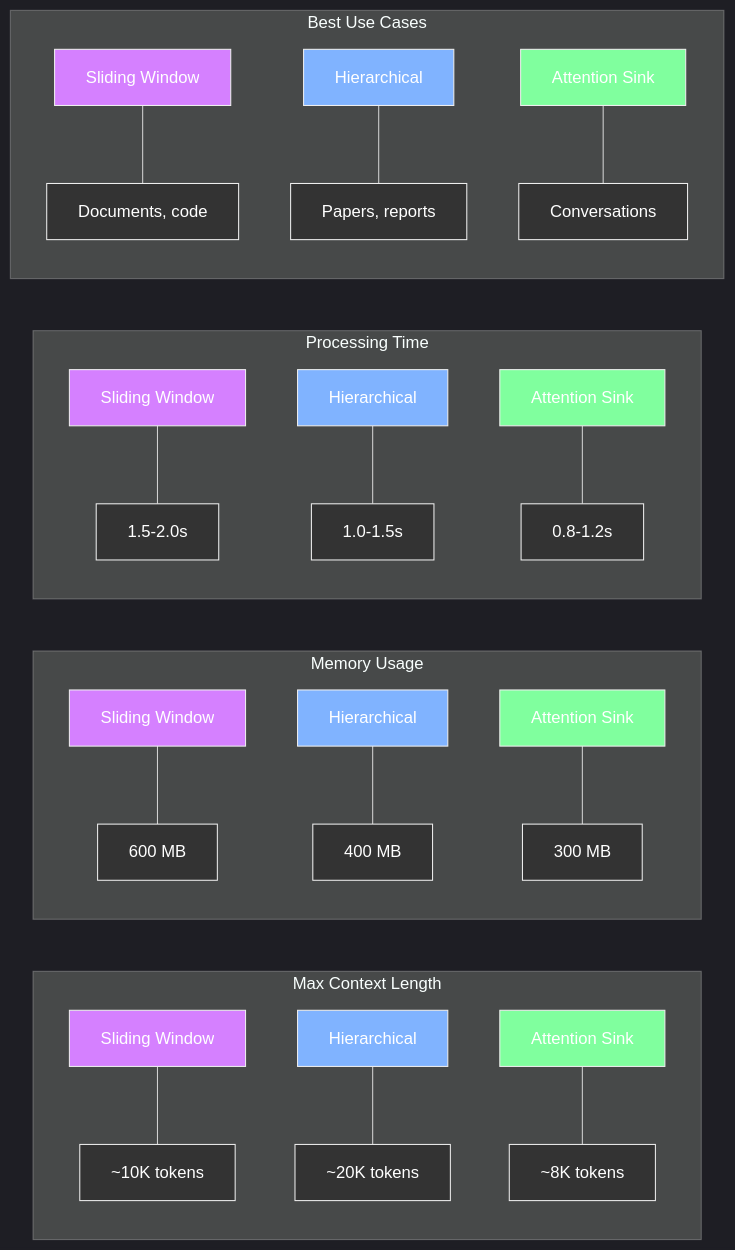
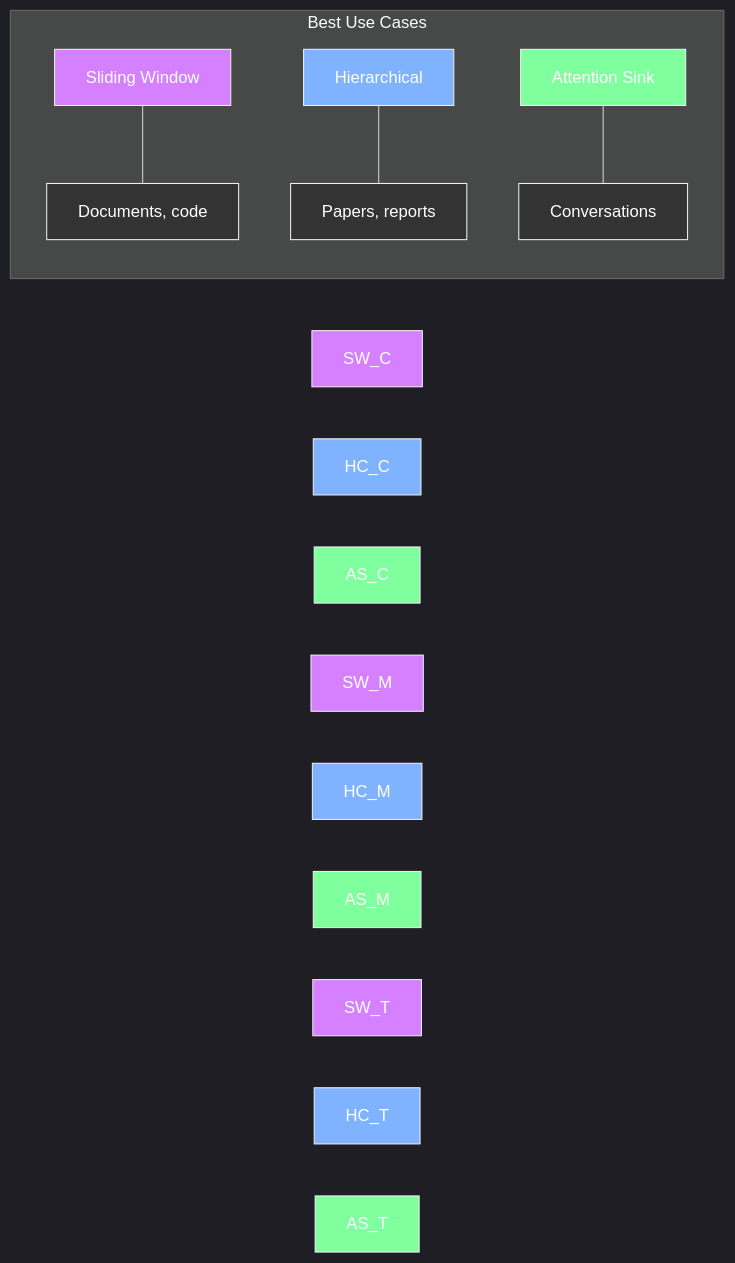
Before and after one commit to mbhatt1/ContextWormhole: the second of 2 diagrams in README.md, drawn with Mermaid. The commit also changed other lines of this file, not shown here.

Commit message:
Add diagram

````diff
--- a/README.md
+++ b/README.md
@@ -248,42 +248,25 @@
 ```mermaid
 %%{init: {'theme': 'dark'}}%%
 graph LR
-    subgraph "Max Context Length"
-        SW_C[Sliding Window] --- SW_CL[~10K tokens]
-        HC_C[Hierarchical] --- HC_CL[~20K tokens]
-        AS_C[Attention Sink] --- AS_CL[~8K tokens]
-    end
-    
-    subgraph "Memory Usage"
-        SW_M[Sliding Window] --- SW_MU[600 MB]
-        HC_M[Hierarchical] --- HC_MU[400 MB]
-        AS_M[Attention Sink] --- AS_MU[300 MB]
-    end
-    
-    subgraph "Processing Time"
-        SW_T[Sliding Window] --- SW_PT[1.5-2.0s]
-        HC_T[Hierarchical] --- HC_PT[1.0-1.5s]
-        AS_T[Attention Sink] --- AS_PT[0.8-1.2s]
-    end
     
     subgraph "Best Use Cases"
         SW_U[Sliding Window] --- SW_UC[Documents, code]
         HC_U[Hierarchical] --- HC_UC[Papers, reports]
         AS_U[Attention Sink] --- AS_UC[Conversations]
     end
     
     style SW_C fill:#d580ff,stroke:#eee,stroke-width:1px
     style HC_C fill:#80b3ff,stroke:#eee,stroke-width:1px
     style AS_C fill:#80ff9e,stroke:#eee,stroke-width:1px
     style SW_M fill:#d580ff,stroke:#eee,stroke-width:1px
     style HC_M fill:#80b3ff,stroke:#eee,stroke-width:1px
     style AS_M fill:#80ff9e,stroke:#eee,stroke-width:1px
     style SW_T fill:#d580ff,stroke:#eee,stroke-width:1px
     style HC_T fill:#80b3ff,stroke:#eee,stroke-width:1px
     style AS_T fill:#80ff9e,stroke:#eee,stroke-width:1px
     style SW_U fill:#d580ff,stroke:#eee,stroke-width:1px
     style HC_U fill:#80b3ff,stroke:#eee,stroke-width:1px
     style AS_U fill:#80ff9e,stroke:#eee,stroke-width:1px
     
     classDef default fill:#333,stroke:#eee,color:#fff,stroke-width:1px
 ```
````
